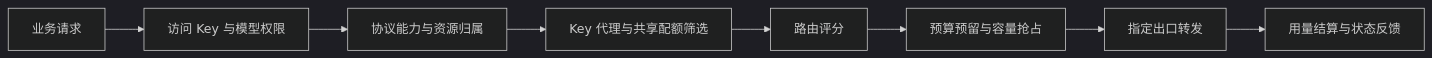
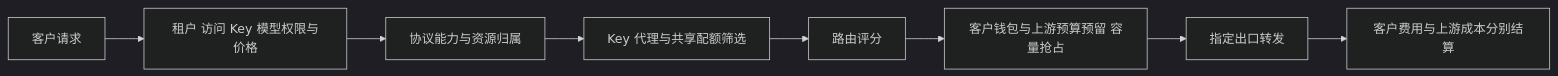
One commit to ufcenterxyz/relaypine.com changed the first of 2 diagrams in docs/architecture.md. Above: the diagram before and after it, drawn with Mermaid (dark theme). The commit also changed other lines of this file and 3 other files, not shown here.

````diff
--- a/docs/architecture.md
+++ b/docs/architecture.md
@@ -69,10 +75,10 @@
 ```mermaid
 flowchart LR
-    A[业务请求] --> B[访问 Key 与模型权限]
+    A[客户请求] --> B[租户 访问 Key 模型权限与价格]
     B --> C[协议能力与资源归属]
     C --> D[Key 代理与共享配额筛选]
     D --> E[路由评分]
-    E --> F[预算预留与容量抢占]
+    E --> F[客户钱包与上游预算预留 容量抢占]
     F --> G[指定出口转发]
-    G --> H[用量结算与状态反馈]
+    G --> H[客户费用与上游成本分别结算]
 ```
````
